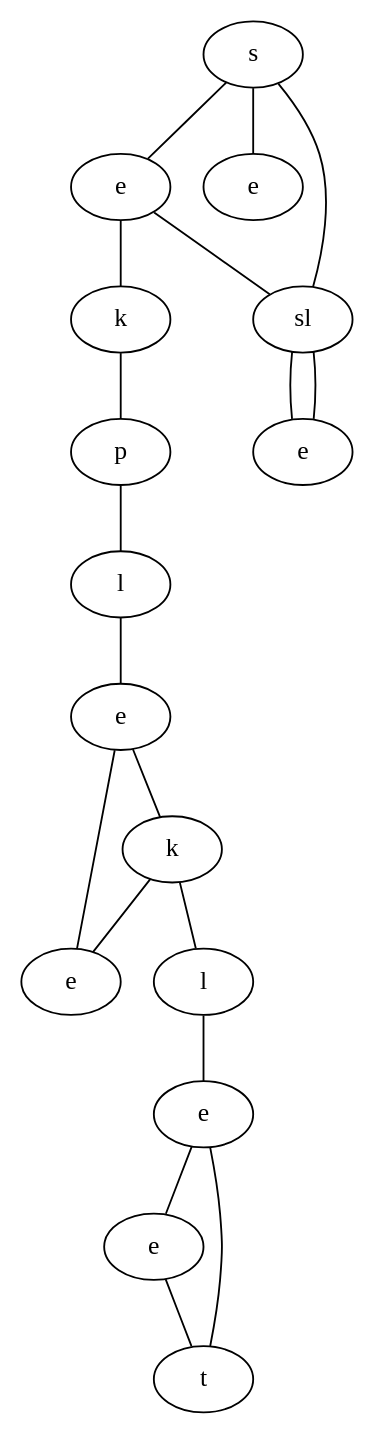
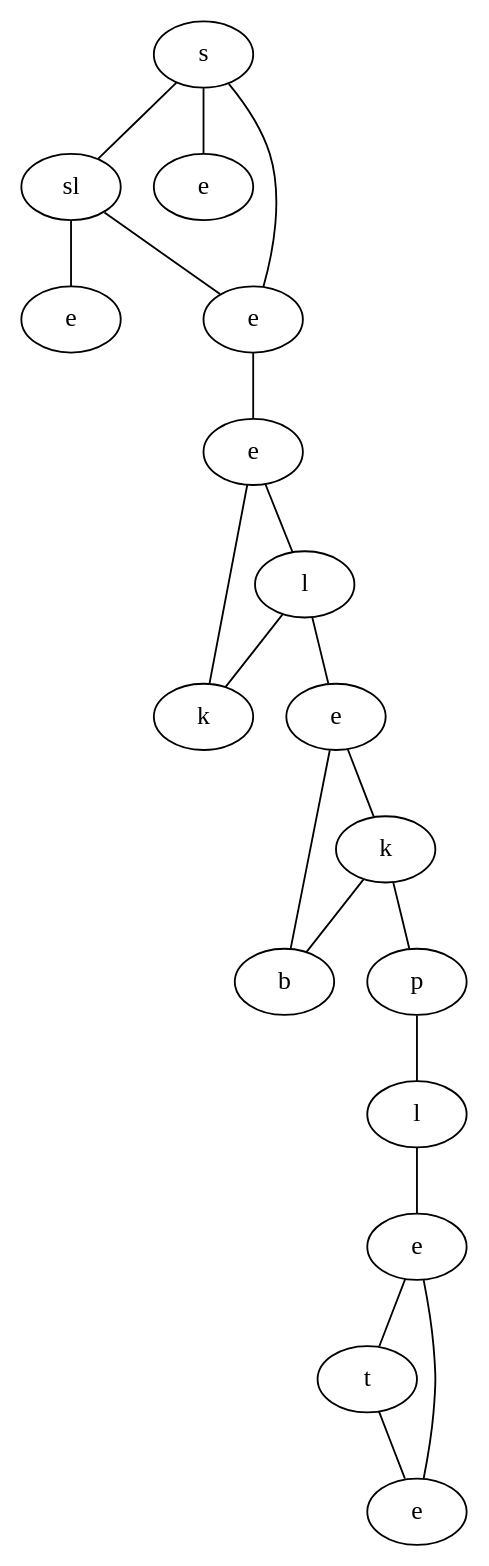
Before and after one commit to schrum2/MM-NEAT: the diagram in data/VGLC/graph.dot, drawn with Graphviz. The commit also changed 17 other files, not shown here.

```diff
--- a/data/VGLC/graph.dot
+++ b/data/VGLC/graph.dot
@@ -1,35 +1,37 @@
 graph {
-zkfO[label="s"]
-QoSt[label="e"]
-ShJo[label="e"]
-LYGb[label="sl"]
-skHR[label="k"]
-GQrh[label="e"]
-BKQL[label="p"]
-szZm[label="l"]
-JxHv[label="e"]
-MYlk[label="k"]
-BHxf[label="e"]
-uoJj[label="l"]
-GDzG[label="e"]
-ZTRZ[label="e"]
-bwQT[label="t"]
-zkfO -- QoSt
-zkfO -- ShJo
-zkfO -- LYGb
-QoSt -- skHR
-QoSt -- LYGb
-LYGb -- GQrh
-skHR -- BKQL
-LYGb -- GQrh
-BKQL -- szZm
-szZm -- JxHv
-JxHv -- MYlk
-JxHv -- BHxf
-MYlk -- uoJj
-MYlk -- BHxf
-uoJj -- GDzG
-GDzG -- ZTRZ
-GDzG -- bwQT
-ZTRZ -- bwQT
+nMGJ[label="s"]
+ztxc[label="sl"]
+Fqfh[label="e"]
+QUDc[label="e"]
+KiqH[label="e"]
+KBlP[label="e"]
+ZjDc[label="l"]
+McgV[label="k"]
+xSgH[label="e"]
+MGJp[label="k"]
+VhLo[label="b"]
+TCyw[label="p"]
+CkAc[label="l"]
+uvVx[label="e"]
+FYSl[label="t"]
+WarZ[label="e"]
+nMGJ -- ztxc
+nMGJ -- Fqfh
+nMGJ -- QUDc
+ztxc -- QUDc
+ztxc -- KiqH
+QUDc -- KBlP
+KBlP -- ZjDc
+KBlP -- McgV
+ZjDc -- McgV
+ZjDc -- xSgH
+xSgH -- MGJp
+xSgH -- VhLo
+MGJp -- VhLo
+MGJp -- TCyw
+TCyw -- CkAc
+CkAc -- uvVx
+uvVx -- FYSl
+uvVx -- WarZ
+FYSl -- WarZ
 }
```
